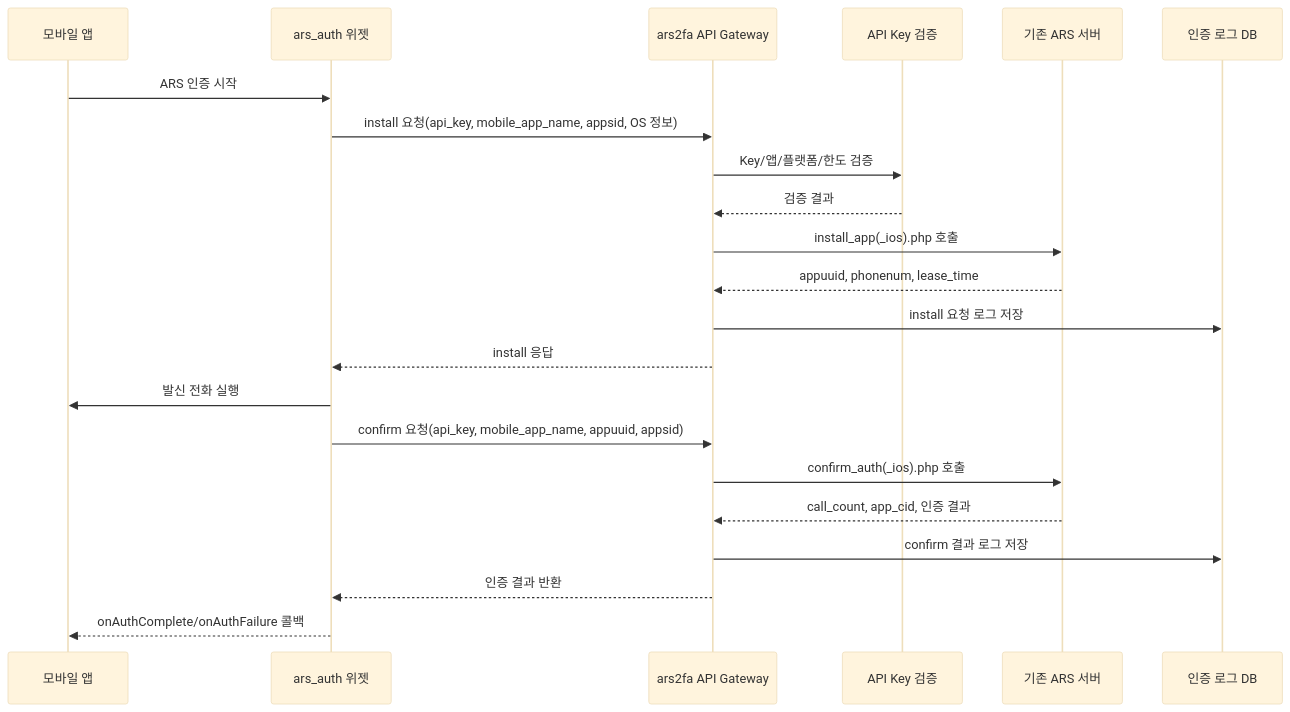
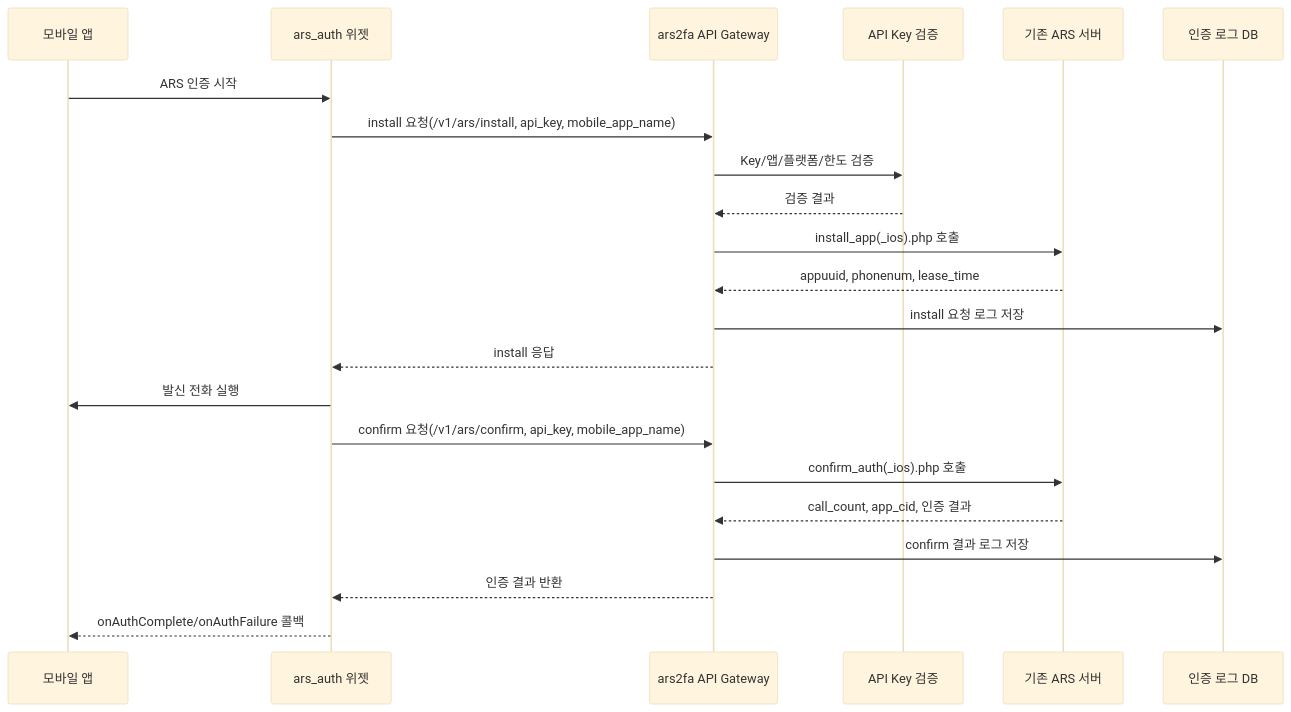
One commit to okpojung/ars2fa changed the second of 3 diagrams in 설계문서/02_기능구조도.md. Above: the diagram before and after it, drawn with Mermaid (base theme). The commit also changed other lines of this file and 4 other files, not shown here.

Commit message:
Add ars2fa domain and infrastructure architecture docs

````diff
--- a/설계문서/02_기능구조도.md
+++ b/설계문서/02_기능구조도.md
@@ -102,25 +106,25 @@
 ```mermaid
 sequenceDiagram
     participant App as 모바일 앱
     participant Widget as ars_auth 위젯
     participant Gateway as ars2fa API Gateway
     participant Key as API Key 검증
     participant Legacy as 기존 ARS 서버
     participant DB as 인증 로그 DB
 
     App->>Widget: ARS 인증 시작
-    Widget->>Gateway: install 요청(api_key, mobile_app_name, appsid, OS 정보)
+    Widget->>Gateway: install 요청(/v1/ars/install, api_key, mobile_app_name)
     Gateway->>Key: Key/앱/플랫폼/한도 검증
     Key-->>Gateway: 검증 결과
     Gateway->>Legacy: install_app(_ios).php 호출
     Legacy-->>Gateway: appuuid, phonenum, lease_time
     Gateway->>DB: install 요청 로그 저장
     Gateway-->>Widget: install 응답
     Widget->>App: 발신 전화 실행
-    Widget->>Gateway: confirm 요청(api_key, mobile_app_name, appuuid, appsid)
+    Widget->>Gateway: confirm 요청(/v1/ars/confirm, api_key, mobile_app_name)
     Gateway->>Legacy: confirm_auth(_ios).php 호출
     Legacy-->>Gateway: call_count, app_cid, 인증 결과
     Gateway->>DB: confirm 결과 로그 저장
     Gateway-->>Widget: 인증 결과 반환
     Widget-->>App: onAuthComplete/onAuthFailure 콜백
 ```
````
